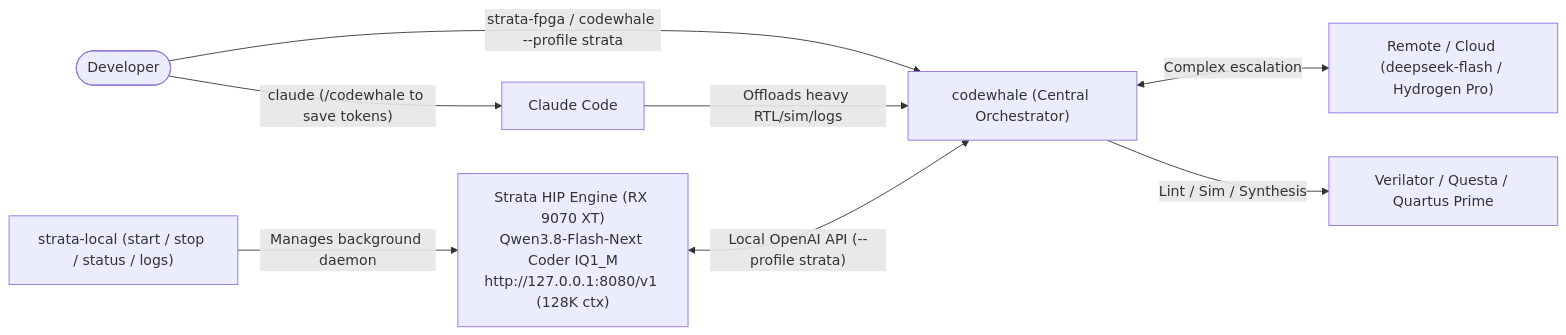
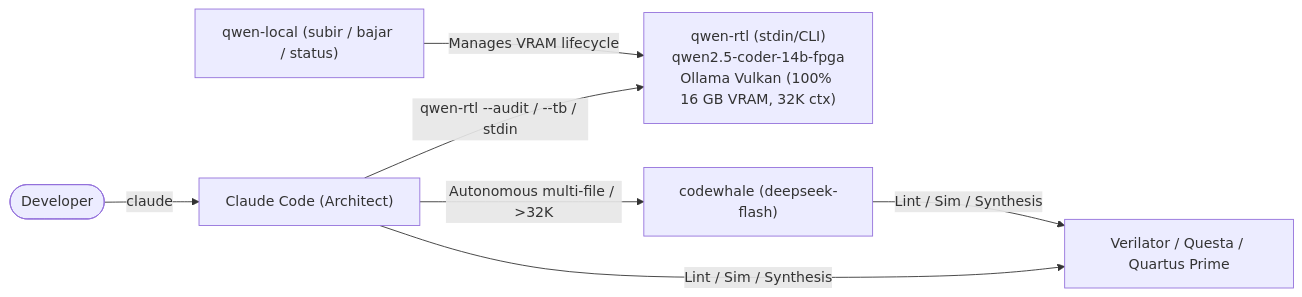
The diagram in README.md (DanimanX/9070FpgaIAWorkflow), drawn with Mermaid before and after one commit. The commit also changed other lines of this file and 3 other files, not shown here.

Commit message:
docs: update workflow to 9070FpgaIAWorkflow (Ollama Vulkan + qwen2.5-coder-14b-fpga + qwen-rtl)

````diff
--- a/README.md
+++ b/README.md
@@ -27,10 +29,9 @@
 ```mermaid
 flowchart LR
-    Dev(["Developer"]) -->|"strata-fpga / codewhale --profile strata"| CW["codewhale (Central Orchestrator)"]
-    Dev -->|"claude (/codewhale to save tokens)"| Claude["Claude Code"]
-    Claude -->|"Offloads heavy RTL/sim/logs"| CW
-    Ctrl["strata-local (start / stop / status / logs)"] -->|"Manages background daemon"| Strata
-    Strata["Strata HIP Engine (RX 9070 XT)<br/>Qwen3.8-Flash-Next Coder IQ1_M<br/>http://127.0.0.1:8080/v1 (128K ctx)"] <-->|"Local OpenAI API (--profile strata)"| CW
-    CW <-->|"Complex escalation"| Cloud["Remote / Cloud (deepseek-flash / Hydrogen Pro)"]
-    CW -->|"Lint / Sim / Synthesis"| Tools["Verilator / Questa / Quartus Prime"]
+    Dev(["Developer"]) -->|"claude"| Claude["Claude Code (Architect)"]
+    Claude -->|"qwen-rtl --audit / --tb / stdin"| QwenRTL["qwen-rtl (stdin/CLI)<br/>qwen2.5-coder-14b-fpga<br/>Ollama Vulkan (100% 16 GB VRAM, 32K ctx)"]
+    Claude -->|"Autonomous multi-file / >32K"| CW["codewhale (deepseek-flash)"]
+    Ctrl["qwen-local (subir / bajar / status)"] -->|"Manages VRAM lifecycle"| QwenRTL
+    Claude -->|"Lint / Sim / Synthesis"| Tools["Verilator / Questa / Quartus Prime"]
+    CW -->|"Lint / Sim / Synthesis"| Tools
 ```
````
